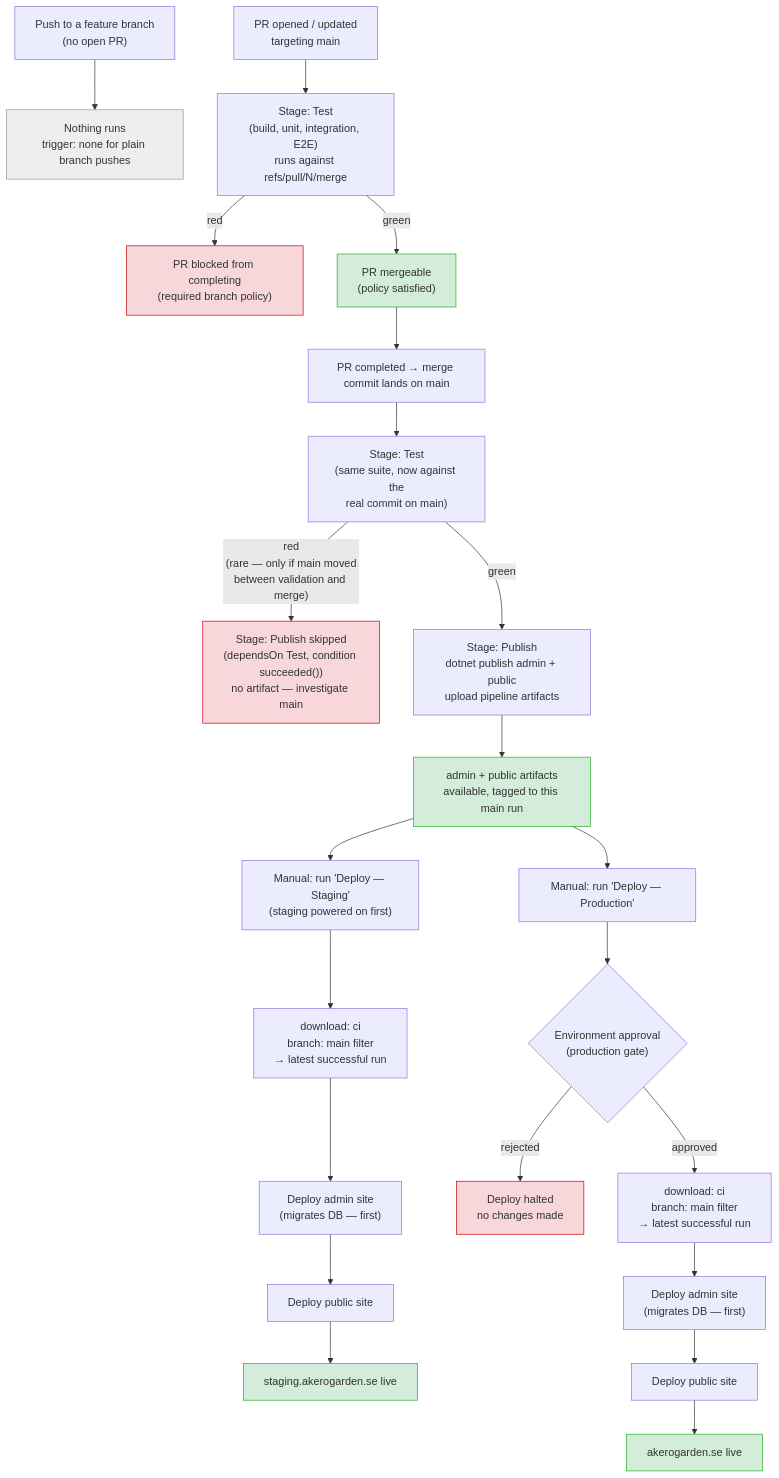
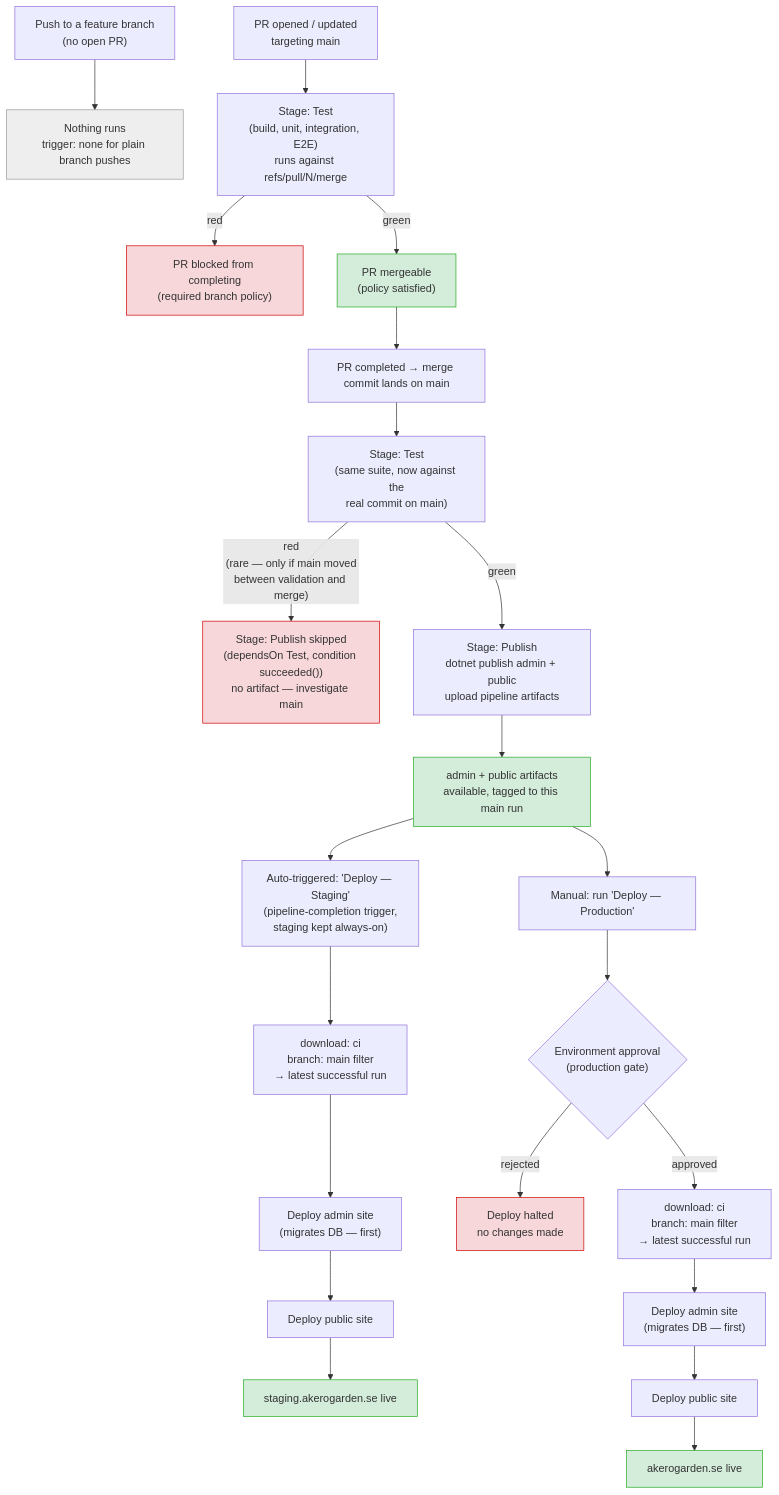
The diagram in infra/pipelines/pipeline-flow.md (eliya-amanoeel/akerogarden), drawn with Mermaid before and after one commit. The commit also changed other lines of this file and 1 other file, not shown here.

Commit message:
ci: auto-deploy staging on every green CI run on main

````diff
--- a/infra/pipelines/pipeline-flow.md
+++ b/infra/pipelines/pipeline-flow.md
@@ -22,39 +28,39 @@
 ```mermaid
 flowchart TD
     FeaturePush["Push to a feature branch\n(no open PR)"] --> NoTrigger["Nothing runs\ntrigger: none for plain branch pushes"]
 
     PROpen["PR opened / updated\ntargeting main"] --> TestPR["Stage: Test\n(build, unit, integration, E2E)\nruns against refs/pull/N/merge"]
     TestPR -->|"red"| PRBlocked["PR blocked from completing\n(required branch policy)"]
     TestPR -->|"green"| PRMergeable["PR mergeable\n(policy satisfied)"]
 
     PRMergeable --> Merge["PR completed → merge commit lands on main"]
     Merge --> TestMain["Stage: Test\n(same suite, now against the\nreal commit on main)"]
 
     TestMain -->|"red\n(rare — only if main moved\nbetween validation and merge)"| NoPublish["Stage: Publish skipped\n(dependsOn Test, condition succeeded())\nno artifact — investigate main"]
     TestMain -->|"green"| Publish["Stage: Publish\ndotnet publish admin + public\nupload pipeline artifacts"]
 
     Publish --> ArtifactsReady["admin + public artifacts\navailable, tagged to this main run"]
 
-    ArtifactsReady --> ManualStaging["Manual: run 'Deploy — Staging'\n(staging powered on first)"]
-    ManualStaging --> DownloadStaging["download: ci\nbranch: main filter\n→ latest successful run"]
+    ArtifactsReady --> AutoStaging["Auto-triggered: 'Deploy — Staging'\n(pipeline-completion trigger,\nstaging kept always-on)"]
+    AutoStaging --> DownloadStaging["download: ci\nbranch: main filter\n→ latest successful run"]
     DownloadStaging --> DeployAdminStaging["Deploy admin site\n(migrates DB — first)"]
     DeployAdminStaging --> DeployPublicStaging["Deploy public site"]
     DeployPublicStaging --> StagingLive["staging.akerogarden.se live"]
 
     ArtifactsReady --> ManualProd["Manual: run 'Deploy — Production'"]
     ManualProd --> ProdApproval{"Environment approval\n(production gate)"}
     ProdApproval -->|"rejected"| ProdHalt["Deploy halted\nno changes made"]
     ProdApproval -->|"approved"| DownloadProd["download: ci\nbranch: main filter\n→ latest successful run"]
     DownloadProd --> DeployAdminProd["Deploy admin site\n(migrates DB — first)"]
     DeployAdminProd --> DeployPublicProd["Deploy public site"]
     DeployPublicProd --> ProdLive["akerogarden.se live"]
 
     style NoTrigger fill:#eee,stroke:#999
     style PRBlocked fill:#f8d7da,stroke:#c00
     style NoPublish fill:#f8d7da,stroke:#c00
     style ProdHalt fill:#f8d7da,stroke:#c00
     style PRMergeable fill:#d4edda,stroke:#2a2
     style ArtifactsReady fill:#d4edda,stroke:#2a2
     style StagingLive fill:#d4edda,stroke:#2a2
     style ProdLive fill:#d4edda,stroke:#2a2
 ```
````
